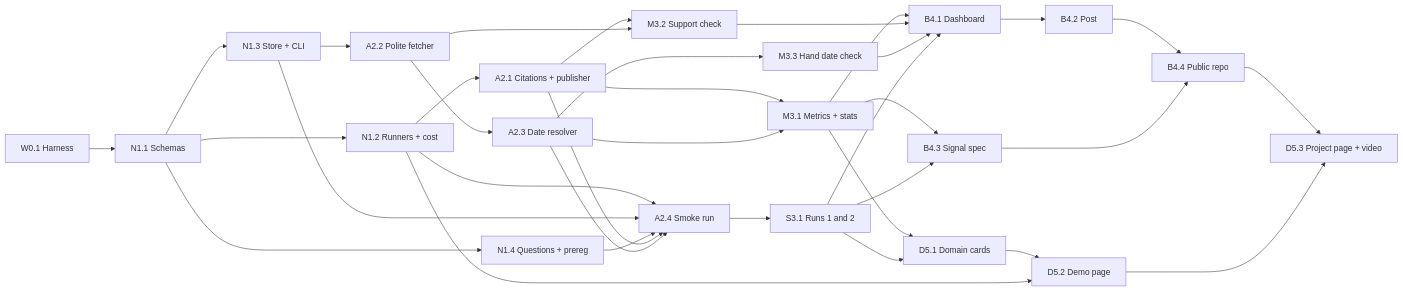
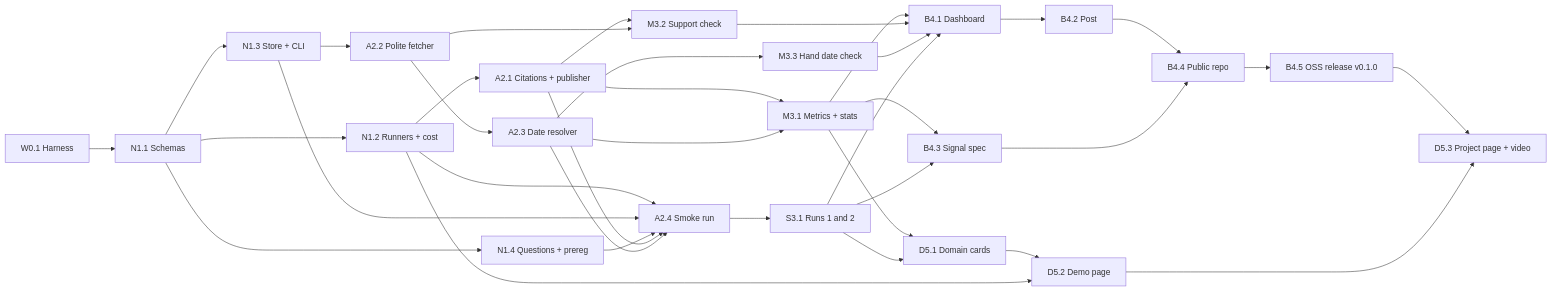
Before and after one commit to biplob819/ai-visibility: the diagram in AI Visibility Tech Spec.md, drawn with Mermaid. The commit also changed other lines of this file and 33 other files, not shown here.

````diff
--- a/AI Visibility Tech Spec.md
+++ b/AI Visibility Tech Spec.md
@@ -578,36 +589,37 @@
 ```mermaid
 graph LR
   W01[W0.1 Harness] --> N11[N1.1 Schemas]
   N11 --> N12[N1.2 Runners + cost]
   N11 --> N13[N1.3 Store + CLI]
   N11 --> N14[N1.4 Questions + prereg]
   N12 --> A21[A2.1 Citations + publisher]
   N13 --> A22[A2.2 Polite fetcher]
   A22 --> A23[A2.3 Date resolver]
   N12 --> A24[A2.4 Smoke run]
   N13 --> A24
   N14 --> A24
   A21 --> A24
   A23 --> A24
   A21 --> M31[M3.1 Metrics + stats]
   A23 --> M31
   A21 --> M32[M3.2 Support check]
   A22 --> M32
   A23 --> M33[M3.3 Hand date check]
   A24 --> S31[S3.1 Runs 1 and 2]
   M31 --> B41[B4.1 Dashboard]
   M32 --> B41
   M33 --> B41
   S31 --> B41
   B41 --> B42[B4.2 Post]
   M31 --> B43[B4.3 Signal spec]
   S31 --> B43
   B42 --> B44[B4.4 Public repo]
   B43 --> B44
   M31 --> D51[D5.1 Domain cards]
   S31 --> D51
   D51 --> D52[D5.2 Demo page]
   N12 --> D52
-  B44 --> D53[D5.3 Project page + video]
+  B44 --> B45[B4.5 OSS release v0.1.0]
+  B45 --> D53[D5.3 Project page + video]
   D52 --> D53
 ```
````
